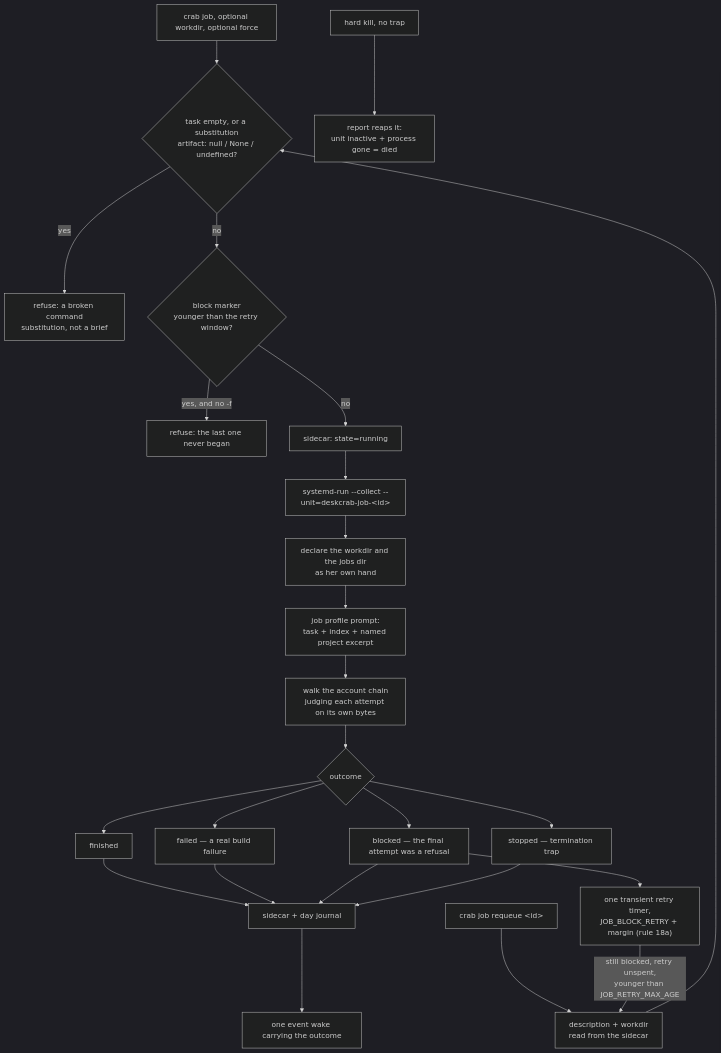
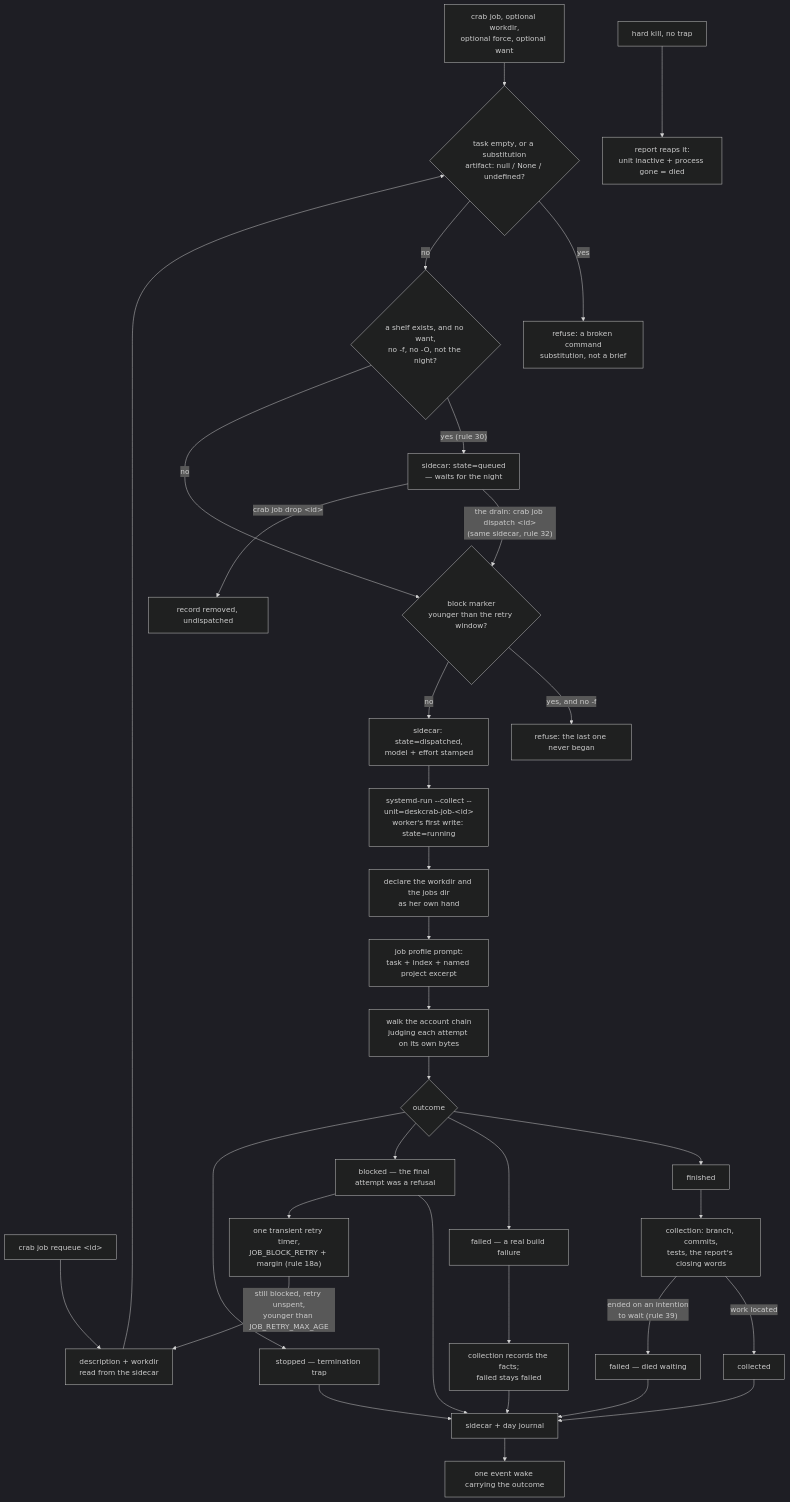
The diagram in specs/jobs.md (TheDiscordian/deskcrab), drawn with Mermaid (dark theme) before and after one commit. The commit also changed other lines of this file and 14 other files, not shown here.

````diff
--- a/specs/jobs.md
+++ b/specs/jobs.md
@@ -185,24 +272,32 @@
 ```mermaid
 flowchart TD
-  J0["crab job, optional workdir, optional force"] --> G{"task empty, or a substitution<br/>artifact: null / None / undefined?"}
+  J0["crab job, optional workdir,<br/>optional force, optional want"] --> G{"task empty, or a substitution<br/>artifact: null / None / undefined?"}
   R0["crab job requeue &lt;id&gt;"] --> R1["description + workdir<br/>read from the sidecar"]
   R1 --> G
   G -->|yes| Gr["refuse: a broken command<br/>substitution, not a brief"]
-  G -->|no| J1{"block marker<br/>younger than the retry window?"}
+  G -->|no| WG{"a shelf exists, and no want,<br/>no -f, no -O, not the night?"}
+  WG -->|"yes (rule 30)"| Q["sidecar: state=queued<br/>— waits for the night"]
+  Q -->|"the drain: crab job dispatch &lt;id&gt;<br/>(same sidecar, rule 32)"| J1
+  Q -->|"crab job drop &lt;id&gt;"| QD["record removed, undispatched"]
+  WG -->|no| J1{"block marker<br/>younger than the retry window?"}
   J1 -->|yes, and no -f| J1b["refuse: the last one never began"]
-  J1 -->|no| J2["sidecar: state=running"]
-  J2 --> J3["systemd-run --collect --unit=deskcrab-job-&lt;id&gt;"]
+  J1 -->|no| J2["sidecar: state=dispatched,<br/>model + effort stamped"]
+  J2 --> J3["systemd-run --collect --unit=deskcrab-job-&lt;id&gt;<br/>worker's first write: state=running"]
   J3 --> J4["declare the workdir and the jobs dir<br/>as her own hand"]
   J4 --> J5["job profile prompt:<br/>task + index + named project excerpt"]
   J5 --> J6["walk the account chain<br/>judging each attempt on its own bytes"]
   J6 --> O{"outcome"}
   O --> Oa["finished"]
   O --> Ob["failed — a real build failure"]
   O --> Oc["blocked — the final attempt was a refusal"]
   O --> Od["stopped — termination trap"]
-  Oa & Ob & Oc & Od --> J8["sidecar + day journal"]
+  Oa --> C["collection: branch, commits,<br/>tests, the report's closing words"]
+  C -->|"work located"| Ca["collected"]
+  C -->|"ended on an intention<br/>to wait (rule 39)"| Cb["failed — died waiting"]
+  Ob --> C2["collection records the facts;<br/>failed stays failed"]
+  Ca & Cb & C2 & Oc & Od --> J8["sidecar + day journal"]
   J8 --> J9["one event wake carrying the outcome"]
   Oc --> RT["one transient retry timer,<br/>JOB_BLOCK_RETRY + margin (rule 18a)"]
   RT -->|"still blocked, retry unspent,<br/>younger than JOB_RETRY_MAX_AGE"| R1
   X["hard kill, no trap"] --> R["report reaps it:<br/>unit inactive + process gone = died"]
 ```
````
